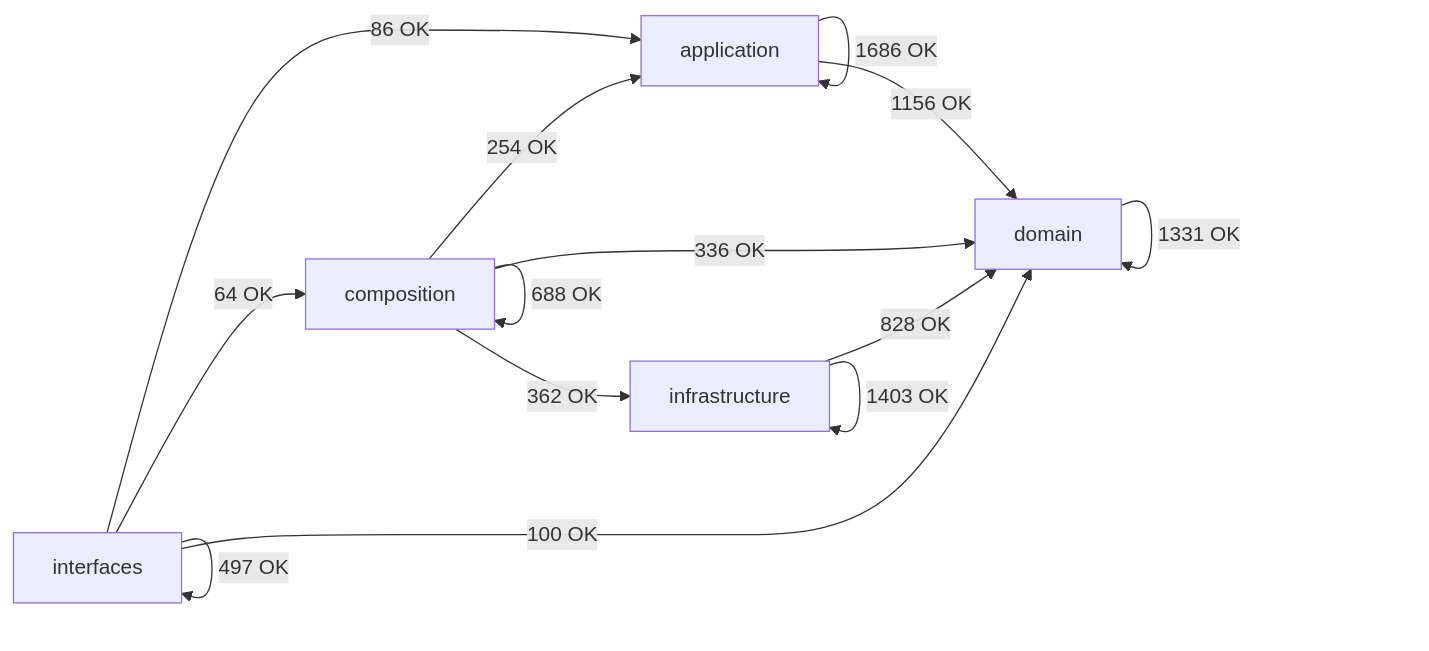
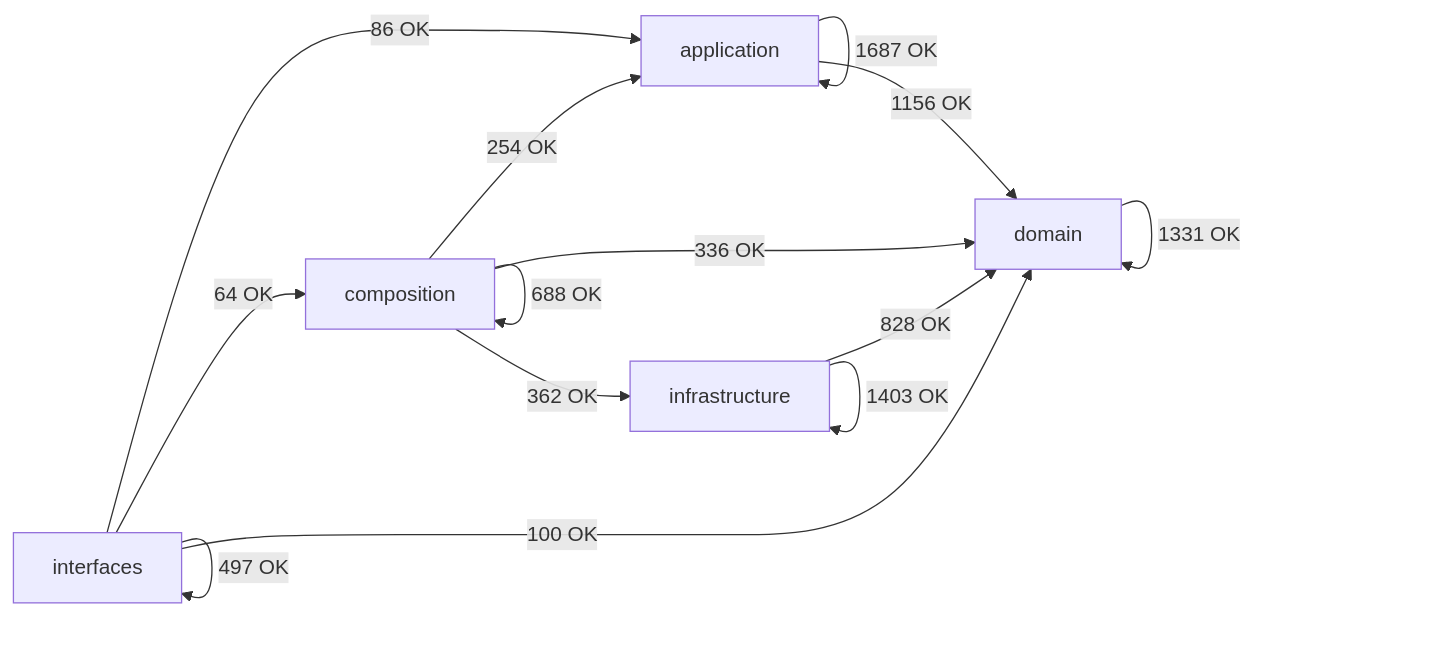
Before and after one commit to SatoryKono/BioactivityDataAcquisition: the diagram in docs/02-architecture/generated/module-dependency-map.md, drawn with Mermaid. The commit also changed other lines of this file and 103 other files, not shown here.

````diff
--- a/docs/02-architecture/generated/module-dependency-map.md
+++ b/docs/02-architecture/generated/module-dependency-map.md
@@ -17,21 +17,21 @@
 ```mermaid
 flowchart LR
     domain[domain]
     application[application]
     infrastructure[infrastructure]
     composition[composition]
     interfaces[interfaces]
-    application -->|1686 OK| application
+    application -->|1687 OK| application
     application -->|1156 OK| domain
     composition -->|254 OK| application
     composition -->|688 OK| composition
     composition -->|336 OK| domain
     composition -->|362 OK| infrastructure
     domain -->|1331 OK| domain
     infrastructure -->|828 OK| domain
     infrastructure -->|1403 OK| infrastructure
     interfaces -->|86 OK| application
     interfaces -->|64 OK| composition
     interfaces -->|100 OK| domain
     interfaces -->|497 OK| interfaces
 ```
````
